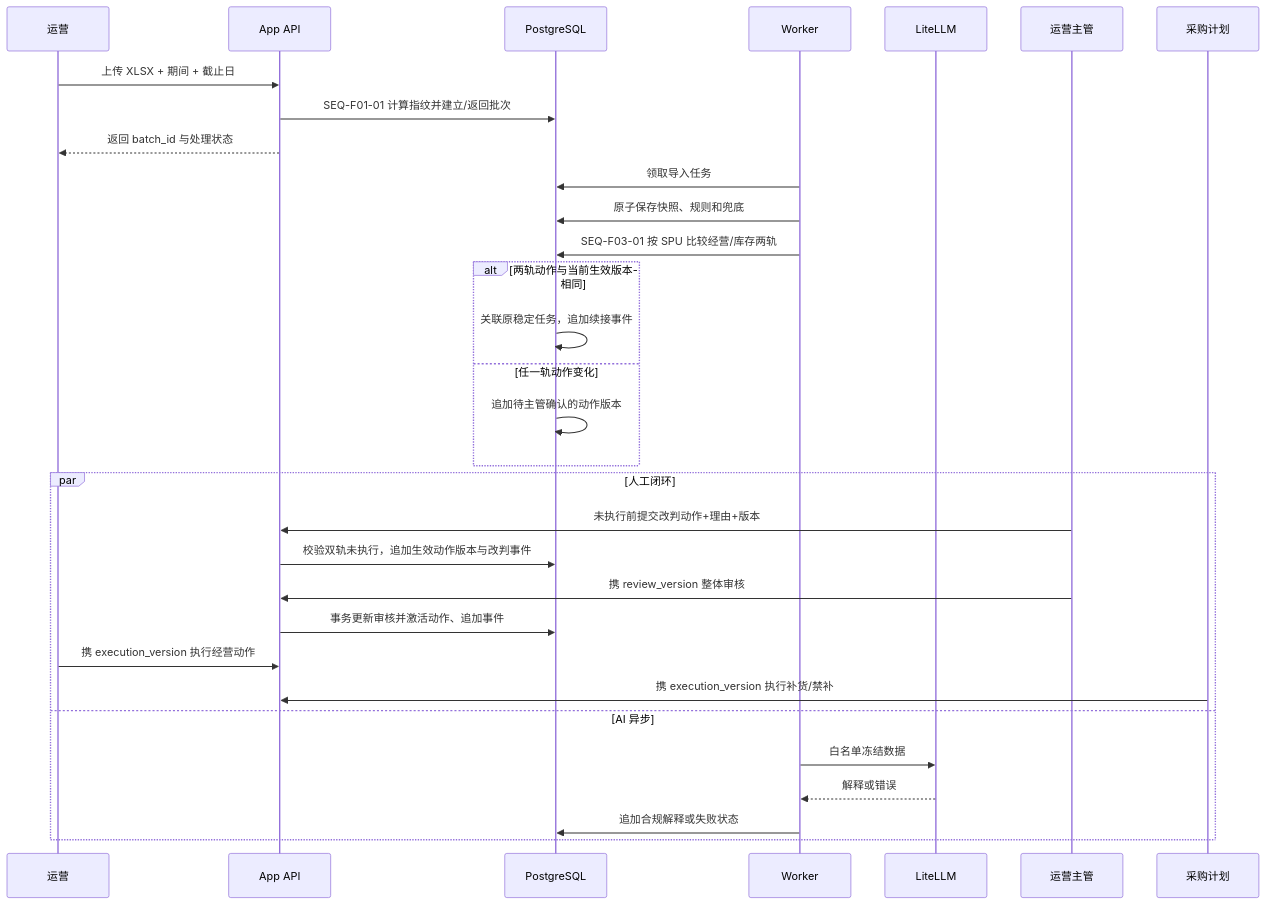
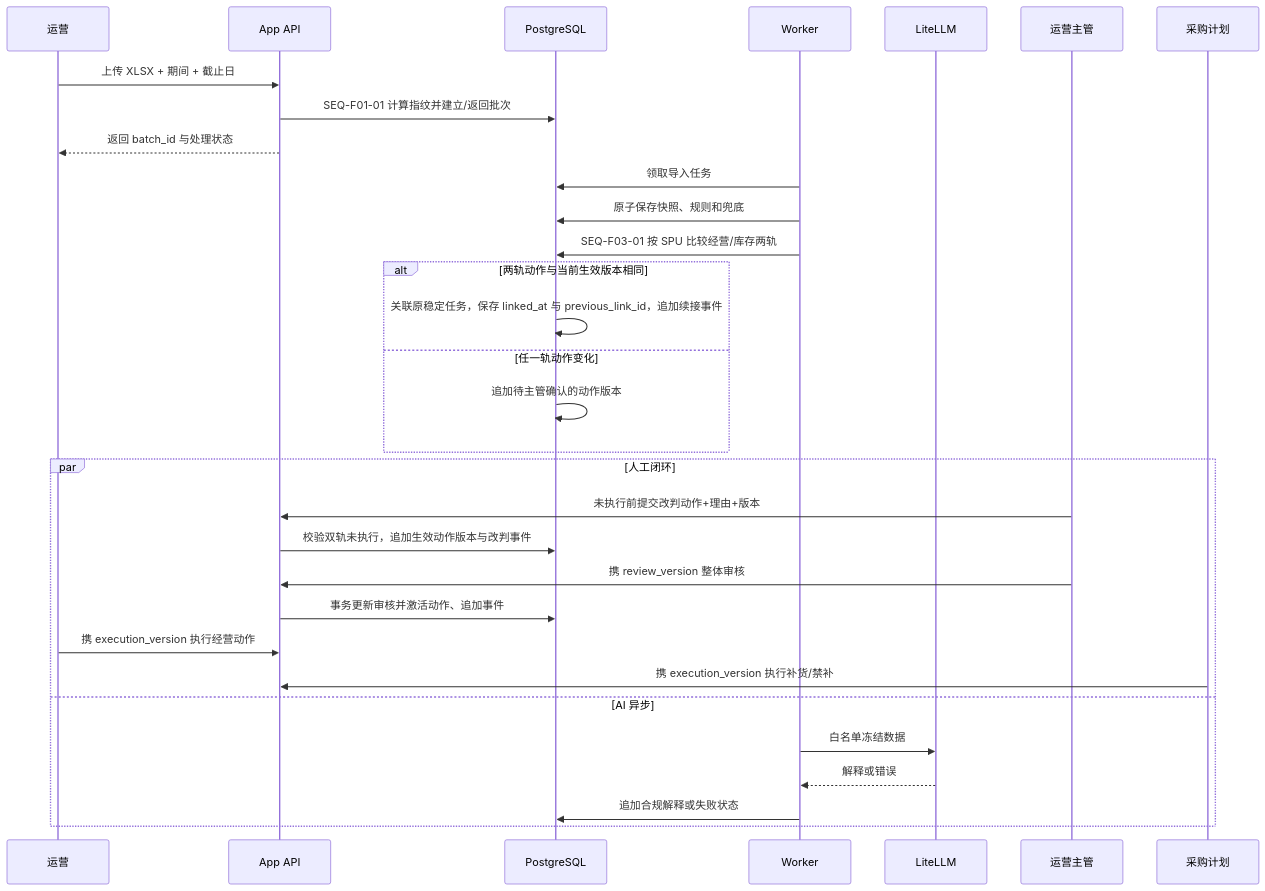
The second of 2 diagrams in 趣然AI商品经营利润决策助手/output/技术方案.md (johnsonsmilequran/profit-decision-engine), drawn with Mermaid before and after one commit. The commit also changed other lines of this file and 13 other files, not shown here.

````diff
--- a/趣然AI商品经营利润决策助手/output/技术方案.md
+++ b/趣然AI商品经营利润决策助手/output/技术方案.md
@@ -213,34 +214,34 @@
 ```mermaid
 sequenceDiagram
     participant OP as 运营
     participant API as App API
     participant DB as PostgreSQL
     participant WK as Worker
     participant AI as LiteLLM
     participant MG as 运营主管
     participant BUY as 采购计划
 
     OP->>API: 上传 XLSX + 期间 + 截止日
     API->>DB: SEQ-F01-01 计算指纹并建立/返回批次
     API-->>OP: 返回 batch_id 与处理状态
     WK->>DB: 领取导入任务
     WK->>DB: 原子保存快照、规则和兜底
     WK->>DB: SEQ-F03-01 按 SPU 比较经营/库存两轨
     alt 两轨动作与当前生效版本相同
-        DB->>DB: 关联原稳定任务，追加续接事件
+        DB->>DB: 关联原稳定任务，保存 linked_at 与 previous_link_id，追加续接事件
     else 任一轨动作变化
         DB->>DB: 追加待主管确认的动作版本
     end
     par 人工闭环
         MG->>API: 未执行前提交改判动作+理由+版本
         API->>DB: 校验双轨未执行，追加生效动作版本与改判事件
         MG->>API: 携 review_version 整体审核
         API->>DB: 事务更新审核并激活动作、追加事件
         OP->>API: 携 execution_version 执行经营动作
         BUY->>API: 携 execution_version 执行补货/禁补
     and AI 异步
         WK->>AI: 白名单冻结数据
         AI-->>WK: 解释或错误
         WK->>DB: 追加合规解释或失败状态
     end
 ```
````
